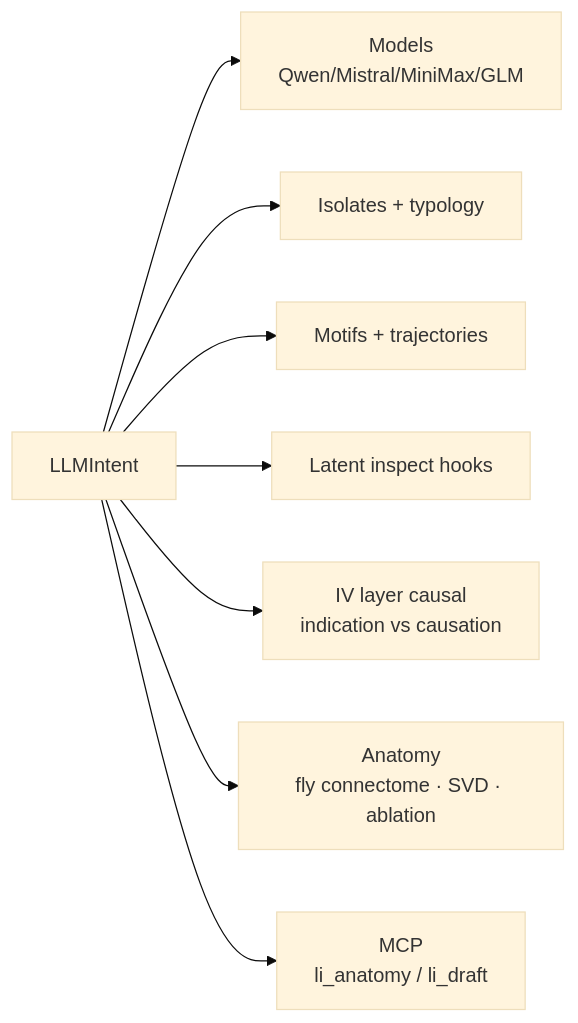
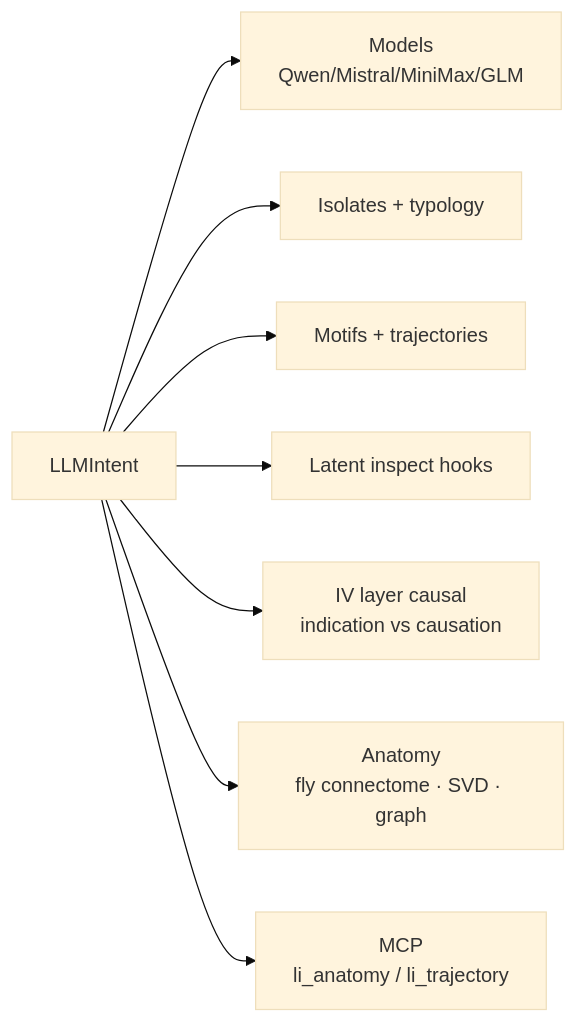
The second of 4 diagrams in README.md (ehallford11714/llmintent), drawn with Mermaid (base theme) before and after one commit. The commit also changed other lines of this file and 17 other files, not shown here.

Commit message:
Release 1.5.0: Anatomy of any weighted LLM from the fly-connectome prior, with trajectory, MisAlign Flag, and the full atlas in the README.

````diff
--- a/README.md
+++ b/README.md
@@ -203,11 +379,11 @@
 ```mermaid
 flowchart LR
   LI[LLMIntent]
   LI --> Models[Models<br/>Qwen/Mistral/MiniMax/GLM]
   LI --> Iso[Isolates + typology]
   LI --> Mot[Motifs + trajectories]
   LI --> Lat[Latent inspect hooks]
   LI --> IV[IV layer causal<br/>indication vs causation]
-  LI --> An[Anatomy<br/>fly connectome · SVD · ablation]
-  LI --> Mcp[MCP<br/>li_anatomy / li_draft]
+  LI --> An[Anatomy<br/>fly connectome · SVD · graph]
+  LI --> Mcp[MCP<br/>li_anatomy / li_trajectory]
 ```
````
